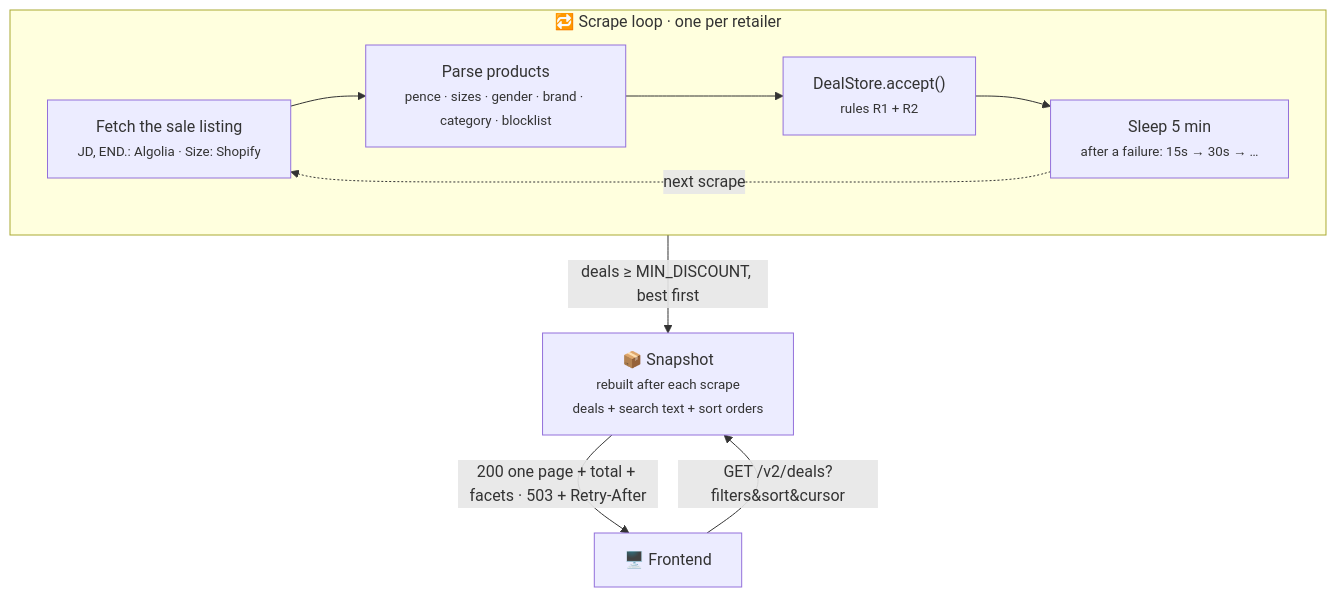
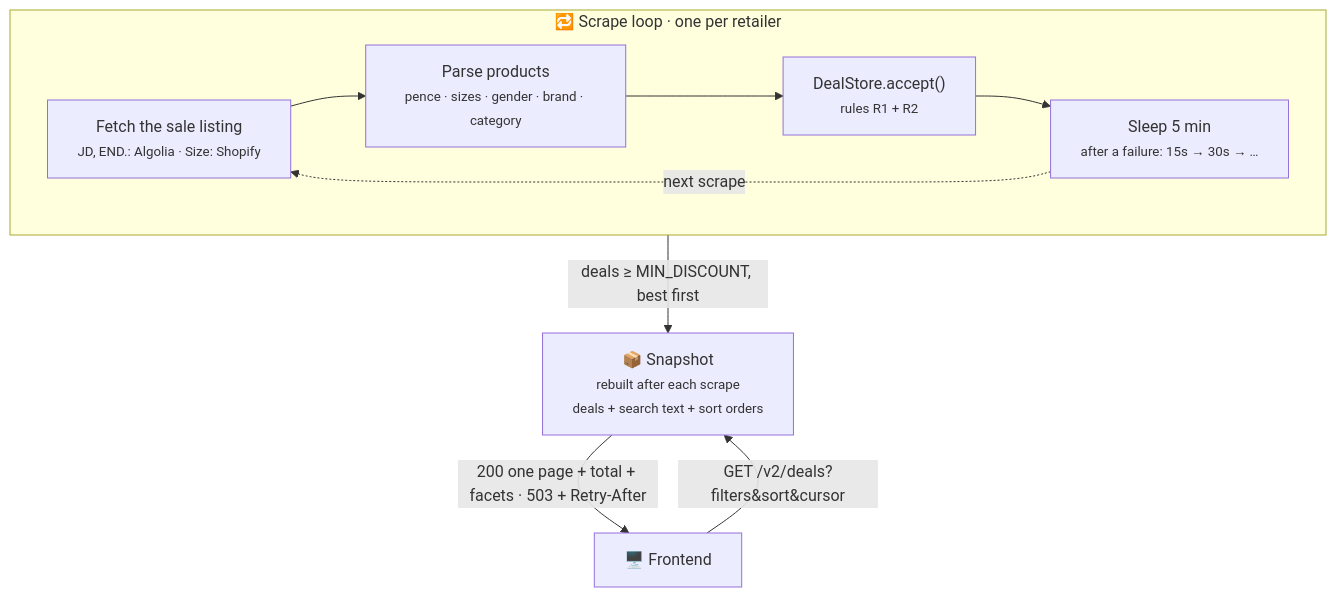
One commit to JahanU/bargain-web-scraper changed the first of 2 diagrams in backend/README.md. Above: the diagram before and after it, drawn with Mermaid. The commit also changed other lines of this file and 6 other files, not shown here.

````diff
--- a/backend/README.md
+++ b/backend/README.md
@@ -7,19 +7,19 @@
 ```mermaid
 flowchart TB
     subgraph loop["🔁 Scrape loop · one per retailer"]
         direction LR
         fetch["Fetch the sale listing<br/><small>JD, END.: Algolia · Size: Shopify</small>"]
-        parse["Parse products<br/><small>pence · sizes · gender · brand · category · blocklist</small>"]
+        parse["Parse products<br/><small>pence · sizes · gender · brand · category</small>"]
         accept["DealStore.accept()<br/><small>rules R1 + R2</small>"]
         wait["Sleep 5 min<br/><small>after a failure: 15s → 30s → …</small>"]
         fetch --> parse --> accept --> wait
         wait -. next scrape .-> fetch
     end
 
     built["📦 Snapshot<br/><small>rebuilt after each scrape<br/>deals + search text + sort orders</small>"]
     client["🖥️ Frontend"]
 
     accept -- "deals ≥ MIN_DISCOUNT, best first" --> built
     client -- "GET /v2/deals?filters&sort&cursor" --> built
     built -- "200 one page + total + facets · 503 + Retry-After" --> client
 ```
````
